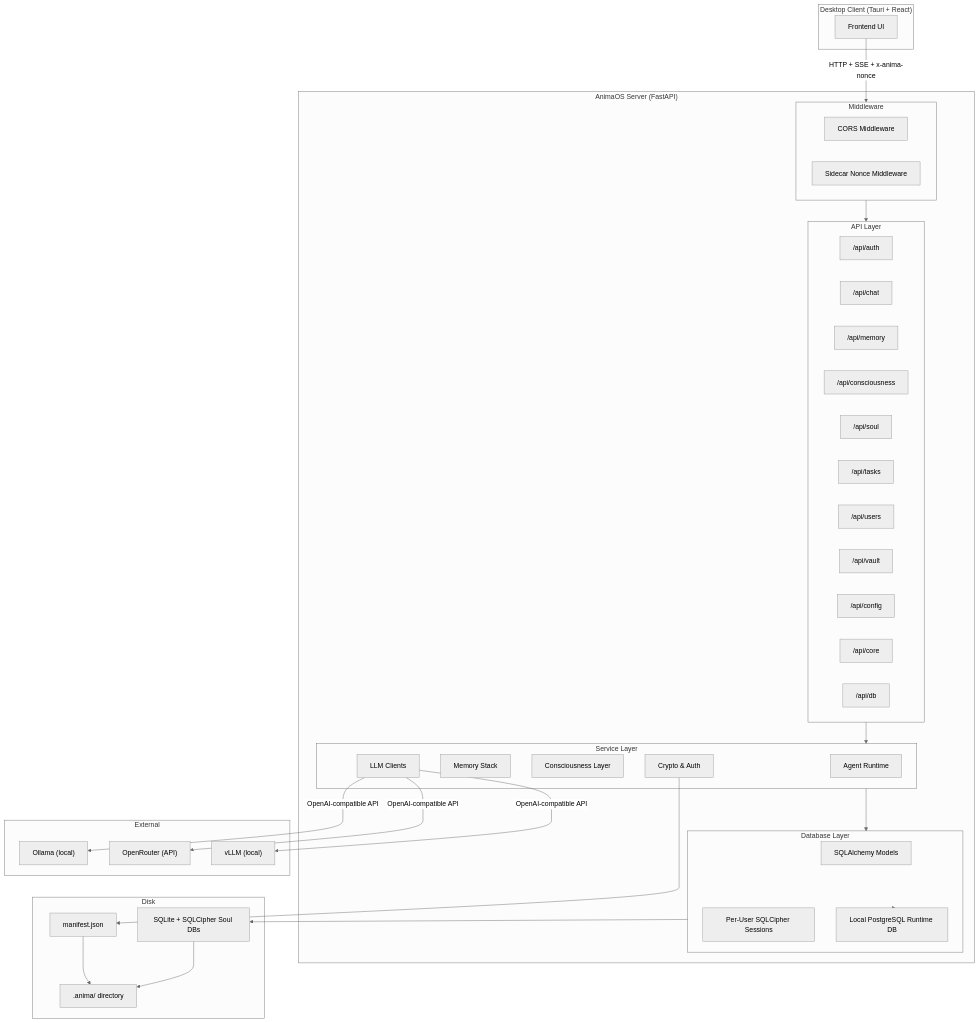
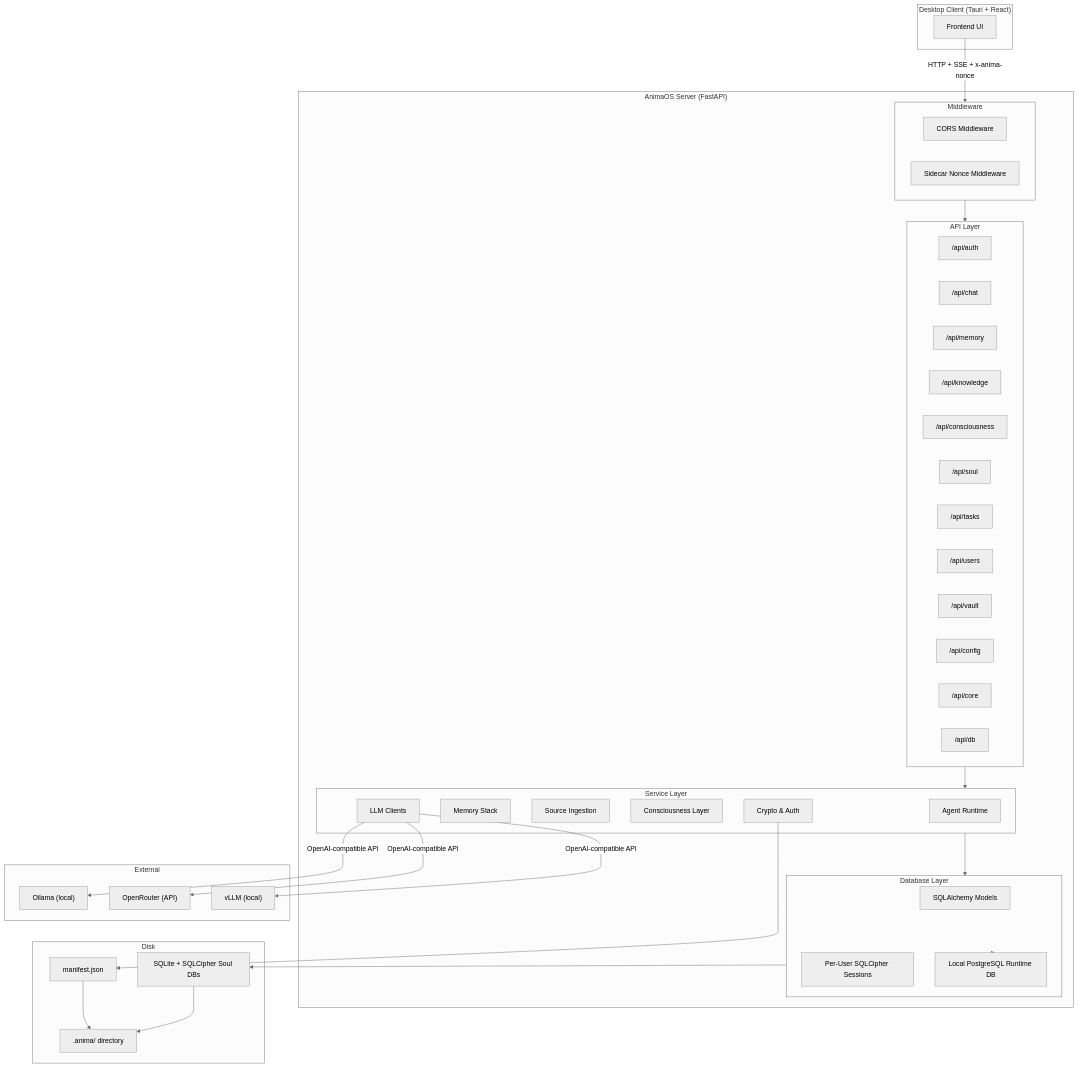
The diagram in docs/architecture/README.md (G9000/animaOS), drawn with Mermaid (neutral theme) before and after one commit. The commit also changed other lines of this file and 69 other files, not shown here.

````diff
--- a/docs/architecture/README.md
+++ b/docs/architecture/README.md
@@ -76,66 +77,68 @@
 ```mermaid
 flowchart TD
     subgraph Client["Desktop Client (Tauri + React)"]
         FE[Frontend UI]
     end
 
     subgraph Server["AnimaOS Server (FastAPI)"]
         subgraph MW["Middleware"]
             CORS[CORS Middleware]
             Nonce[Sidecar Nonce Middleware]
         end
 
         subgraph API["API Layer"]
             Auth["/api/auth"]
             Chat["/api/chat"]
             Memory["/api/memory"]
+            Knowledge["/api/knowledge"]
             Consc["/api/consciousness"]
             Soul["/api/soul"]
             Tasks["/api/tasks"]
             Users["/api/users"]
             Vault["/api/vault"]
             Config["/api/config"]
             Core["/api/core"]
             DB["/api/db"]
         end
 
         subgraph Services["Service Layer"]
             AgentRT["Agent Runtime"]
             MemStack["Memory Stack"]
+            SourceIngest["Source Ingestion"]
             Consciousness["Consciousness Layer"]
             LLMLayer["LLM Clients"]
             CryptoLayer["Crypto & Auth"]
         end
 
         subgraph Persistence["Database Layer"]
             Models["SQLAlchemy Models"]
             SoulSession["Per-User SQLCipher Sessions"]
             RuntimeDB["Local PostgreSQL Runtime DB"]
         end
     end
 
     subgraph External["External"]
         Ollama["Ollama (local)"]
         OpenRouter["OpenRouter (API)"]
         VLLM["vLLM (local)"]
     end
 
     subgraph Storage["Disk"]
         AnimaDir[".anima/ directory"]
         SQLiteDB["SQLite + SQLCipher Soul DBs"]
         Manifest["manifest.json"]
     end
 
     FE -->|"HTTP + SSE + x-anima-nonce"| MW
     MW --> API
     API --> Services
     Services --> Persistence
     Persistence --> SQLiteDB
     Persistence --> RuntimeDB
     CryptoLayer --> Manifest
     LLMLayer -->|"OpenAI-compatible API"| Ollama
     LLMLayer -->|"OpenAI-compatible API"| OpenRouter
     LLMLayer -->|"OpenAI-compatible API"| VLLM
     SQLiteDB --> AnimaDir
     Manifest --> AnimaDir
 ```
````
